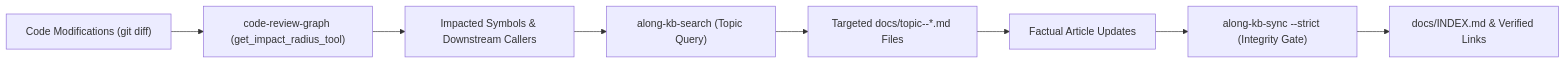
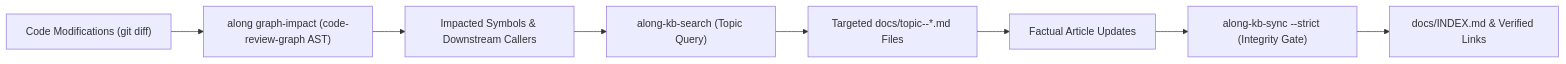
One commit to actdim/along changed the second of 2 diagrams in docs/topic--llm-wiki-architecture.md. Above: the diagram before and after it, drawn with Mermaid. The commit also changed other lines of this file and 70 other files, not shown here.

````diff
--- a/docs/topic--llm-wiki-architecture.md
+++ b/docs/topic--llm-wiki-architecture.md
@@ -155,10 +155,10 @@
 ```mermaid
 flowchart LR
-    DIFF["Code Modifications (git diff)"] --> CRG["code-review-graph (get_impact_radius_tool)"]
+    DIFF["Code Modifications (git diff)"] --> CRG["along graph-impact (code-review-graph AST)"]
     CRG --> IMPACT["Impacted Symbols & Downstream Callers"]
     IMPACT --> SEARCH["along-kb-search (Topic Query)"]
     SEARCH --> TOPICS["Targeted docs/topic--*.md Files"]
     TOPICS --> EDIT["Factual Article Updates"]
     EDIT --> KBSYNC["along-kb-sync --strict (Integrity Gate)"]
     KBSYNC --> INDEX["docs/INDEX.md & Verified Links"]
 ```
````
